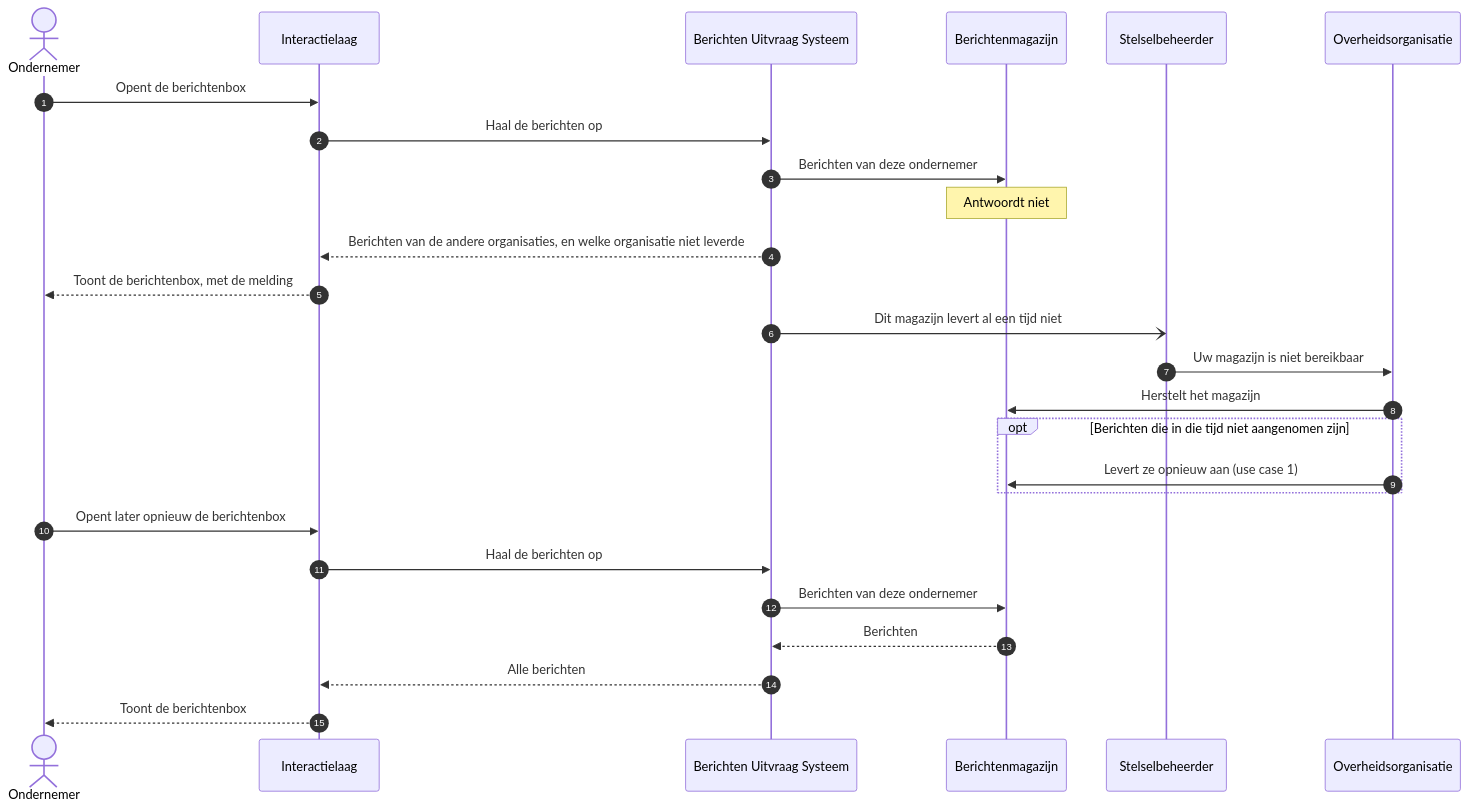
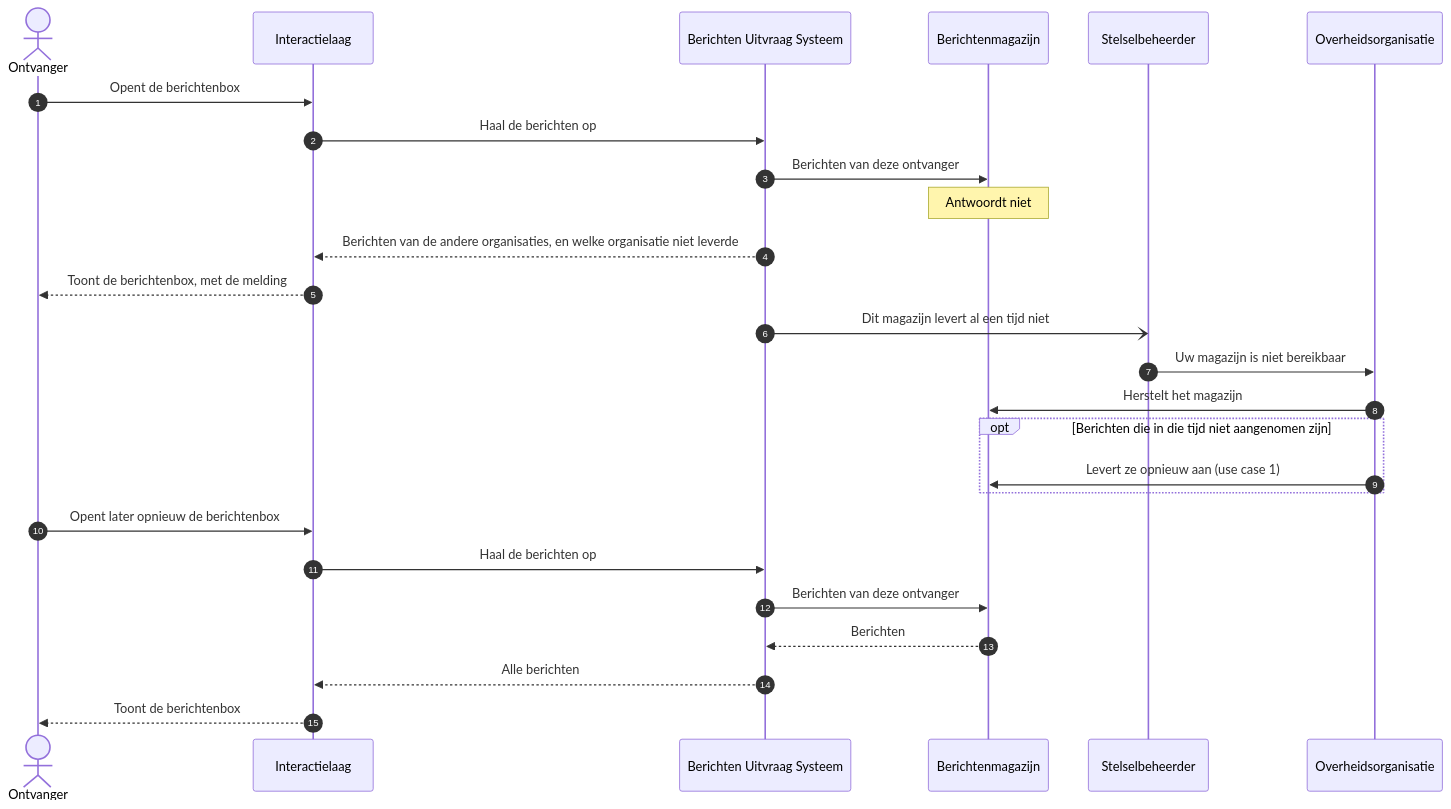
One commit to MinBZK/moza-poc-fbs-berichtenbox changed the diagram in docs/architecture/workspace-docs/15-uc11-magazijn-onbereikbaar.md. Above: the diagram before and after it, drawn with Mermaid. The commit also changed other lines of this file and 15 other files, not shown here.

First line of the commit message:
docs(architectuur): use cases generiek voor burgers en ondernemers

````diff
--- a/docs/architecture/workspace-docs/15-uc11-magazijn-onbereikbaar.md
+++ b/docs/architecture/workspace-docs/15-uc11-magazijn-onbereikbaar.md
@@ -31,31 +32,31 @@
 ```mermaid
 sequenceDiagram
     autonumber
-    actor OND as Ondernemer
+    actor ONT as Ontvanger
     participant IL as Interactielaag
     participant FBS as Berichten Uitvraag Systeem
     participant MAG as Berichtenmagazijn
     participant SB as Stelselbeheerder
     participant ORG as Overheidsorganisatie
 
-    OND->>IL: Opent de berichtenbox
+    ONT->>IL: Opent de berichtenbox
     IL->>FBS: Haal de berichten op
-    FBS->>MAG: Berichten van deze ondernemer
+    FBS->>MAG: Berichten van deze ontvanger
     Note over MAG: Antwoordt niet
     FBS-->>IL: Berichten van de andere organisaties, en welke organisatie niet leverde
-    IL-->>OND: Toont de berichtenbox, met de melding
+    IL-->>ONT: Toont de berichtenbox, met de melding
 
     FBS-)SB: Dit magazijn levert al een tijd niet
     SB->>ORG: Uw magazijn is niet bereikbaar
     ORG->>MAG: Herstelt het magazijn
     opt Berichten die in die tijd niet aangenomen zijn
         ORG->>MAG: Levert ze opnieuw aan (use case 1)
     end
 
-    OND->>IL: Opent later opnieuw de berichtenbox
+    ONT->>IL: Opent later opnieuw de berichtenbox
     IL->>FBS: Haal de berichten op
-    FBS->>MAG: Berichten van deze ondernemer
+    FBS->>MAG: Berichten van deze ontvanger
     MAG-->>FBS: Berichten
     FBS-->>IL: Alle berichten
-    IL-->>OND: Toont de berichtenbox
+    IL-->>ONT: Toont de berichtenbox
 ```
````
